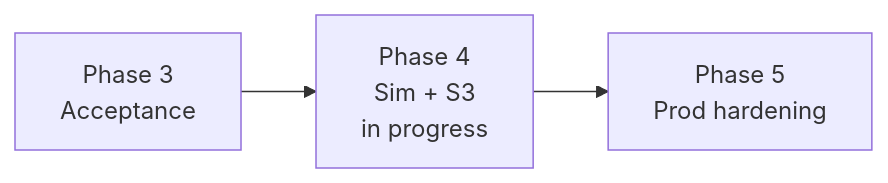
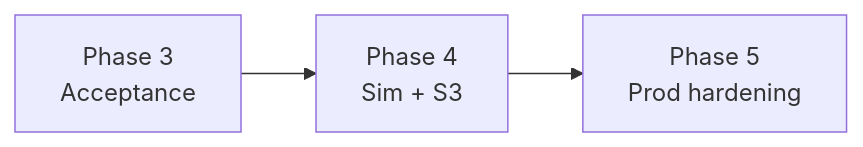
Before and after one commit to rubencg195/aws-pybullet-environment: the first of 6 diagrams in README.md, drawn with Mermaid. The commit also changed other lines of this file and 4 other files, not shown here.

First line of the commit message:
feat: unblock Phase 4 — EC2 via AMI override, S3 sim E2E, SSM/sh + PyBullet fixes

````diff
--- a/README.md
+++ b/README.md
@@ -52,5 +44,5 @@
 ```mermaid
 flowchart LR
-  P3["Phase 3\nAcceptance"] --> P4["Phase 4\nSim + S3\nin progress"]
+  P3["Phase 3\nAcceptance"] --> P4["Phase 4\nSim + S3"]
   P4 --> P5["Phase 5\nProd hardening"]
 ```
````
